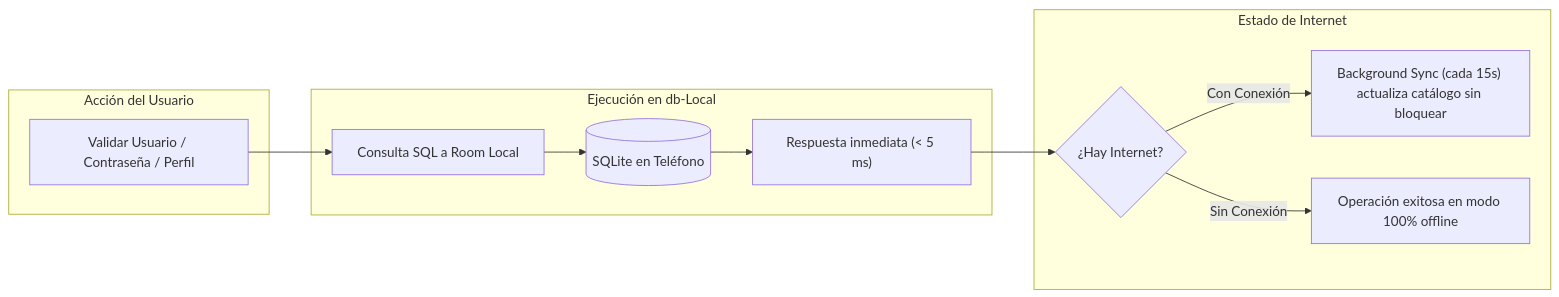
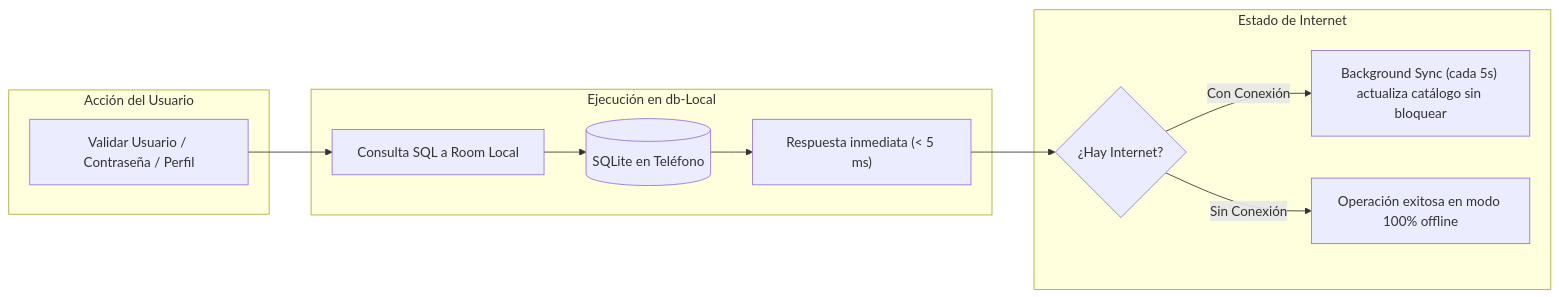
The second of 6 diagrams in ARQUITECTURA_MODOS_DB.md (angeledup/truequapp-android), drawn with Mermaid before and after one commit. The commit also changed other lines of this file, not shown here.

````diff
--- a/ARQUITECTURA_MODOS_DB.md
+++ b/ARQUITECTURA_MODOS_DB.md
@@ -68,18 +68,18 @@
 ```mermaid
 flowchart LR
     subgraph Request["Acción del Usuario"]
         Action["Validar Usuario / Contraseña / Perfil"]
     end
 
     subgraph Execution["Ejecución en db-Local"]
         Action --> Query["Consulta SQL a Room Local"]
         Query --> DBLocal[("SQLite en Teléfono")]
         DBLocal --> FastResp["Respuesta inmediata (< 5 ms)"]
     end
 
     subgraph InternetCondition["Estado de Internet"]
         FastResp --> HasInternet{"¿Hay Internet?"}
-        HasInternet -->|Con Conexión| SyncBg["Background Sync (cada 15s) actualiza catálogo sin bloquear"]
+        HasInternet -->|Con Conexión| SyncBg["Background Sync (cada 5s) actualiza catálogo sin bloquear"]
         HasInternet -->|Sin Conexión| OfflineOk["Operación exitosa en modo 100% offline"]
     end
 ```
````
